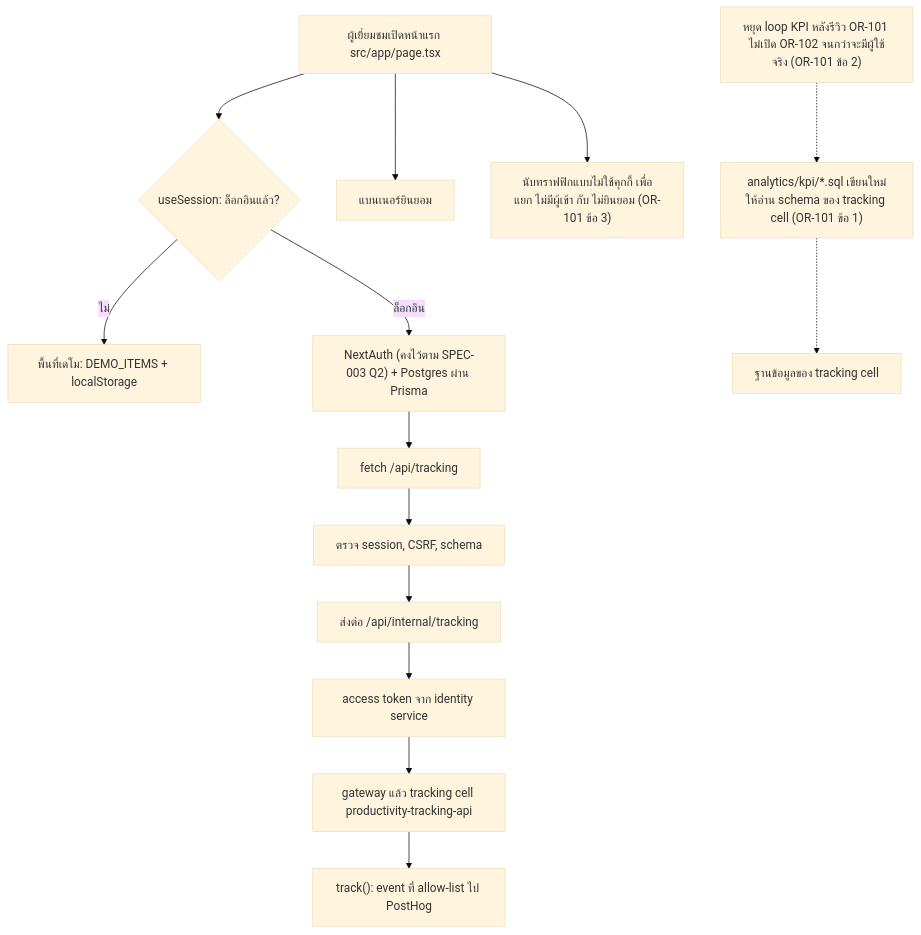
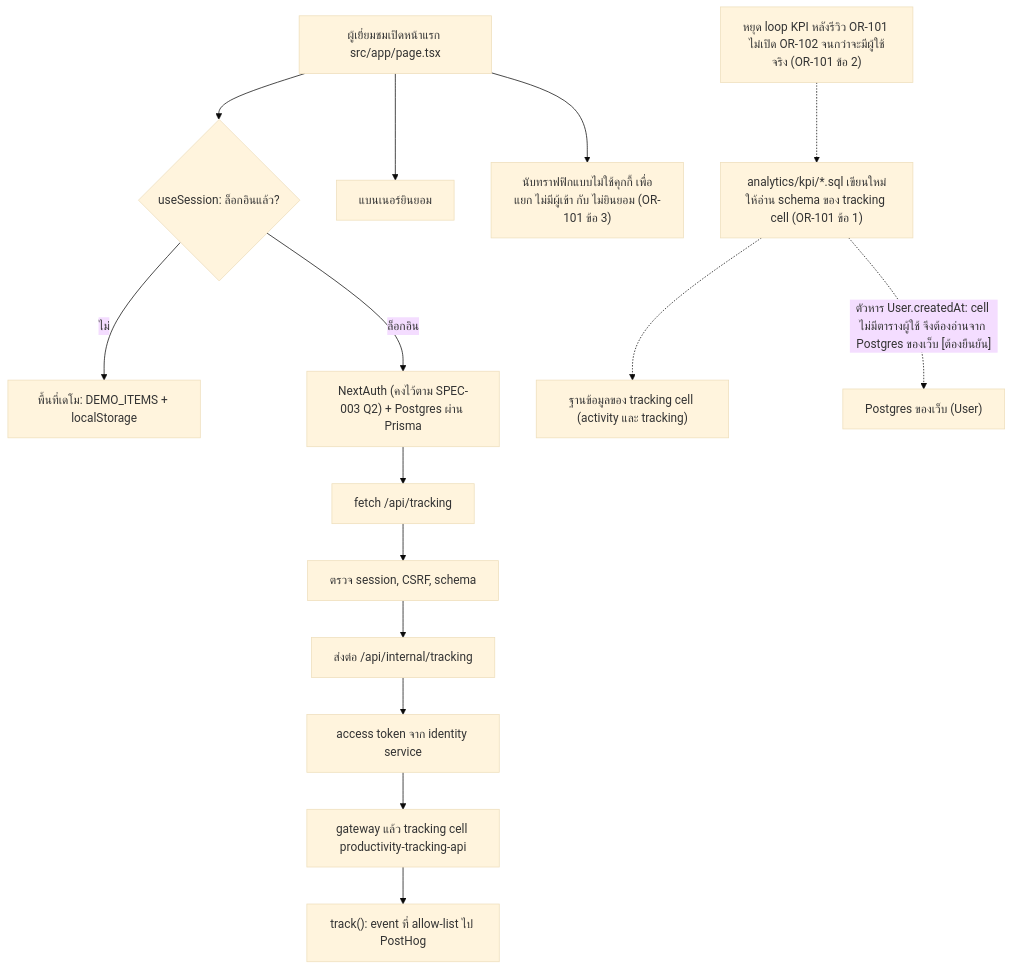
The second of 2 diagrams in docs/diagrams/01-business-process.md (bookchaowalit-website/productivity-tracking-web), drawn with Mermaid (base theme) before and after one commit. The commit also changed other lines of this file, not shown here.

````diff
--- a/docs/diagrams/01-business-process.md
+++ b/docs/diagrams/01-business-process.md
@@ -40,16 +39,17 @@
 ```mermaid
 flowchart TD
   V["ผู้เยี่ยมชมเปิดหน้าแรก src/app/page.tsx"] --> AUTH{"useSession: ล็อกอินแล้ว?"}
   AUTH -->|ไม่| DEMO["พื้นที่เดโม: DEMO_ITEMS + localStorage"]
   AUTH -->|ล็อกอิน| SIGNIN["NextAuth (คงไว้ตาม SPEC-003 Q2) + Postgres ผ่าน Prisma"]
   SIGNIN --> BAPI["fetch /api/tracking"]
   BAPI --> GUARD["ตรวจ session, CSRF, schema"]
   GUARD --> FWD["ส่งต่อ /api/internal/tracking"]
   FWD --> TOKEN["access token จาก identity service"]
   TOKEN --> CELL["gateway แล้ว tracking cell productivity-tracking-api"]
   CELL --> TRACK["track(): event ที่ allow-list ไป PostHog"]
   V --> BANNER["แบนเนอร์ยินยอม"]
   V --> COUNT["นับทราฟฟิกแบบไม่ใช้คุกกี้ เพื่อแยก ไม่มีผู้เข้า กับ ไม่ยินยอม (OR-101 ข้อ 3)"]
-  KPI["analytics/kpi/*.sql เขียนใหม่ให้อ่าน schema ของ tracking cell (OR-101 ข้อ 1)"] -.-> CELLDB["ฐานข้อมูลของ tracking cell"]
+  KPI["analytics/kpi/*.sql เขียนใหม่ให้อ่าน schema ของ tracking cell (OR-101 ข้อ 1)"] -.-> CELLDB["ฐานข้อมูลของ tracking cell (activity และ tracking)"]
+  KPI -.->|"ตัวหาร User.createdAt: cell ไม่มีตารางผู้ใช้ จึงต้องอ่านจาก Postgres ของเว็บ [ต้องยืนยัน]"| DB["Postgres ของเว็บ (User)"]
   STOP["หยุด loop KPI หลังรีวิว OR-101 ไม่เปิด OR-102 จนกว่าจะมีผู้ใช้จริง (OR-101 ข้อ 2)"] -.-> KPI
 ```
````
